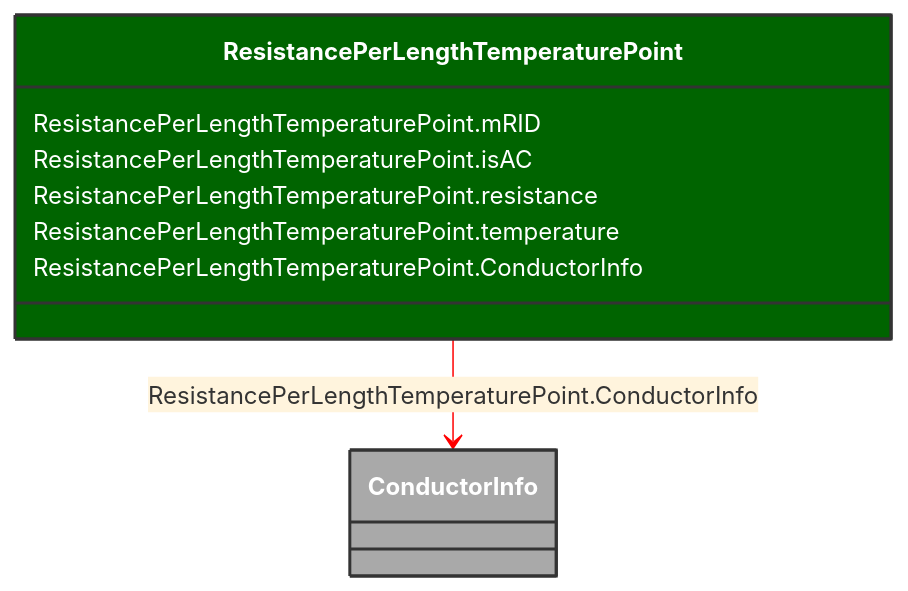
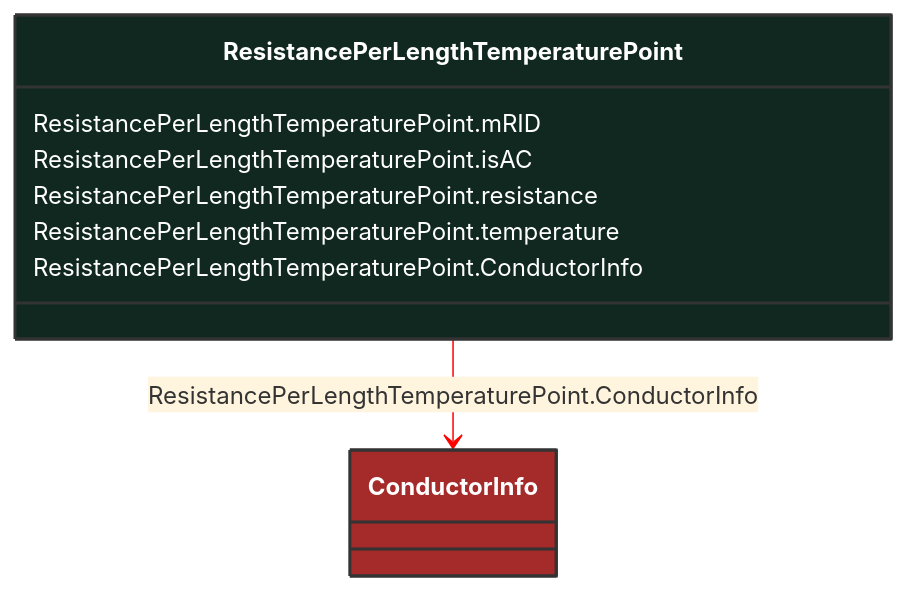
The diagram in docs/Models/Profiles/SubseaCableInfo/ConcreteClasses/ResistancePerLengthTemperaturePoint.md (3lbits/NoCIMExtensions), drawn with Mermaid before and after one commit. The commit also changed 190 other files, not shown here.

````diff
--- a/docs/Models/Profiles/SubseaCableInfo/ConcreteClasses/ResistancePerLengthTemperaturePoint.md
+++ b/docs/Models/Profiles/SubseaCableInfo/ConcreteClasses/ResistancePerLengthTemperaturePoint.md
@@ -8,20 +8,20 @@
 ```mermaid
 %%{init: {'theme':'base','themeVariables': {'lineColor': '#FF0000'}}}%%
 classDiagram
     class ResistancePerLengthTemperaturePoint
     click ResistancePerLengthTemperaturePoint href "/Models/Profiles/SubseaCableInfo/ConcreteClasses/ResistancePerLengthTemperaturePoint/"
-    style ResistancePerLengthTemperaturePoint fill:#006400,stroke:#333,stroke-width:2px,rx:10,ry:10,color:white
+    style ResistancePerLengthTemperaturePoint fill:#102820,stroke:#333,stroke-width:2px,rx:10,ry:10,color:white
 
         ResistancePerLengthTemperaturePoint --> ConductorInfo : ResistancePerLengthTemperaturePoint.ConductorInfo
 
         ConductorInfo
             click ConductorInfo href "/Models/Profiles/SubseaCableInfo/AbstractClasses/ConductorInfo/"
-            style ConductorInfo fill:#A9A9A9,stroke:#333,stroke-width:2px,rx:10,ry:10,color:white
+            style ConductorInfo fill:#A52A2A,stroke:#333,stroke-width:2px,rx:10,ry:10,color:white
 
 
         ResistancePerLengthTemperaturePoint : ResistancePerLengthTemperaturePoint.mRID
         ResistancePerLengthTemperaturePoint : ResistancePerLengthTemperaturePoint.isAC
         ResistancePerLengthTemperaturePoint : ResistancePerLengthTemperaturePoint.resistance
         ResistancePerLengthTemperaturePoint : ResistancePerLengthTemperaturePoint.temperature
         ResistancePerLengthTemperaturePoint : ResistancePerLengthTemperaturePoint.ConductorInfo
 ```
````
